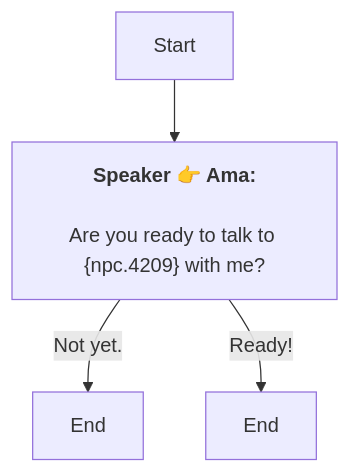
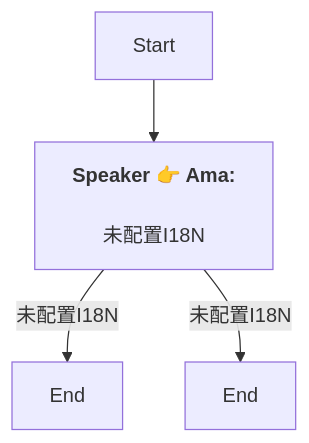
Before and after one commit to SoftHu/tos_avg: the diagram in En/AddDialogNode_1754301235927653.md, drawn with Mermaid. The commit also changed 730 other files, not shown here.

````diff
--- a/En/AddDialogNode_1754301235927653.md
+++ b/En/AddDialogNode_1754301235927653.md
@@ -1,8 +1,8 @@
 ```mermaid
 graph
 Start -->1754301363364455[<b>Speaker 👉 Ama:</b>
-\nAre you ready to talk to &lbrace;npc.4209&rbrace; with me?]
-1754301363364455 -->|Not yet.|1754301458449005[End]
-1754301363364455 -->|Ready!|1754301463538286[End]
+\n未配置I18N]
+1754301363364455 -->|未配置I18N|1754301458449005[End]
+1754301363364455 -->|未配置I18N|1754301463538286[End]
 
 ```
````
